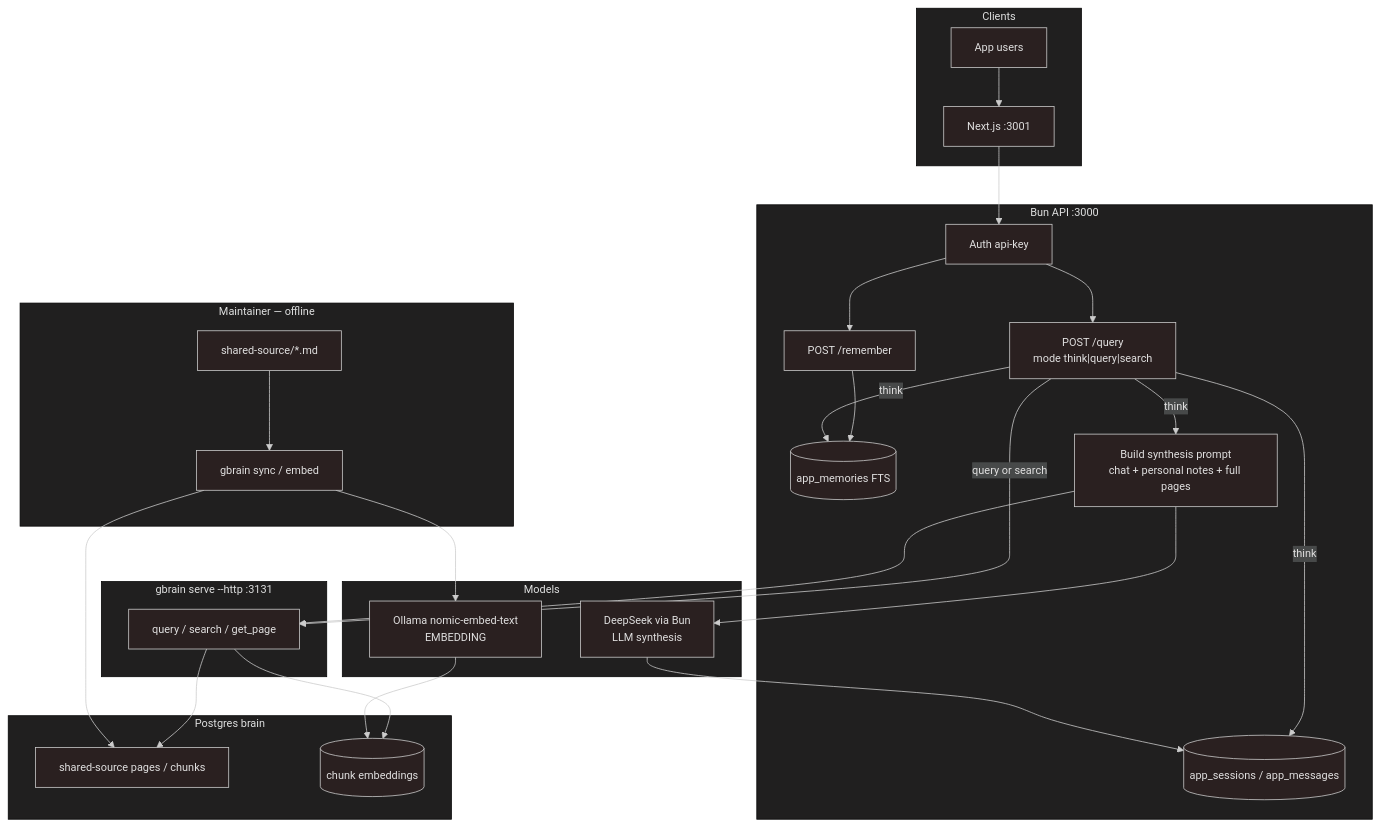
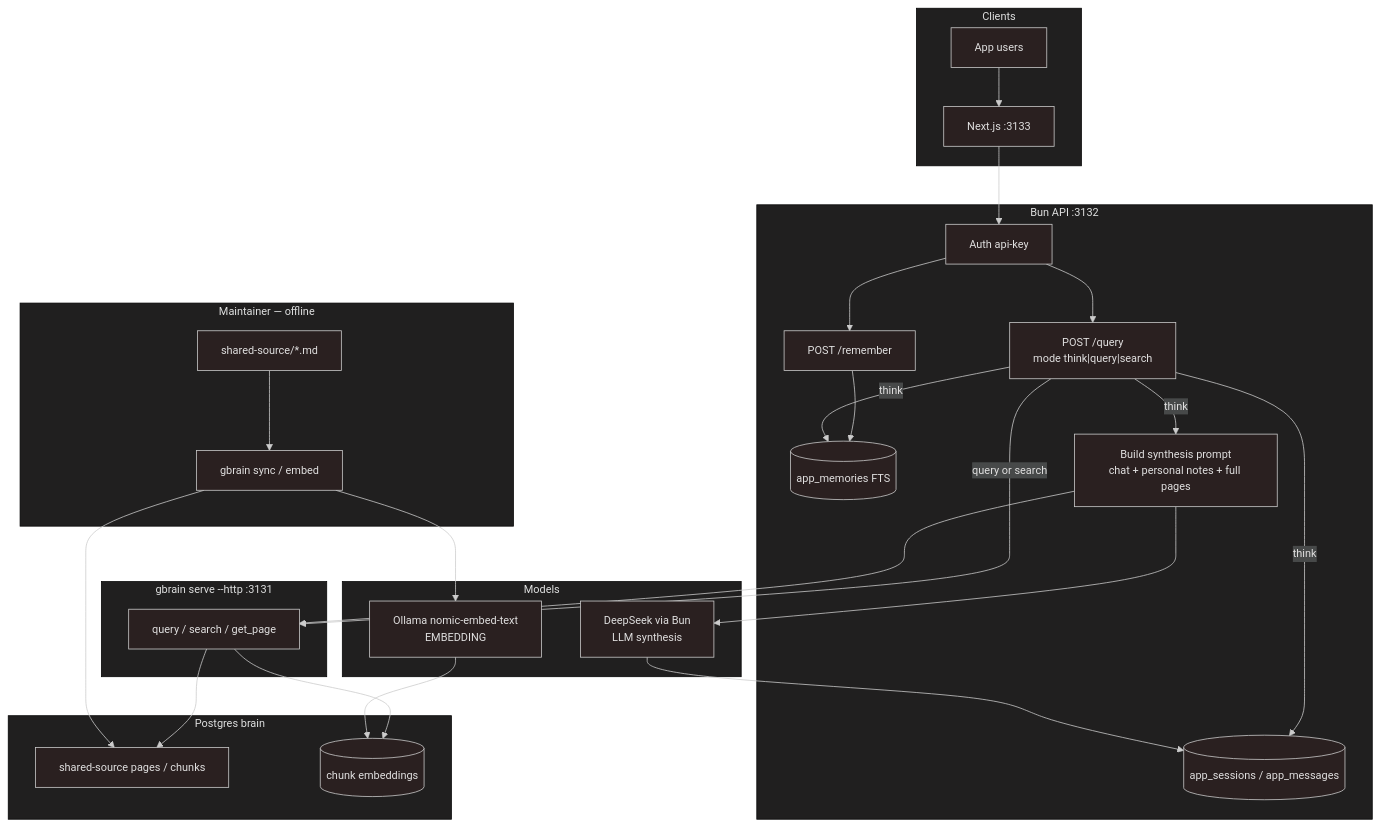
One commit to kyung-lee-official/gbrain-sandbox changed the first of 2 diagrams in README.md. Above: the diagram before and after it, drawn with Mermaid. The commit also changed other lines of this file and 5 other files, not shown here.

````diff
--- a/README.md
+++ b/README.md
@@ -33,58 +33,58 @@
 ```mermaid
 %%{init: {'theme': 'neo-dark'}}%%
 flowchart TB
   subgraph clients [Clients]
-    Web[Next.js :3001]
+    Web[Next.js :3133]
     Lily[App users]
   end
 
-  subgraph bun [Bun API :3000]
+  subgraph bun [Bun API :3132]
     Auth[Auth api-key]
     Remember["POST /remember"]
     Query["POST /query<br/>mode think|query|search"]
     Mem[(app_memories FTS)]
     Chat[(app_sessions / app_messages)]
     Build[Build synthesis prompt<br/>chat + personal notes + full pages]
   end
 
   subgraph maintainer [Maintainer — offline]
     MD[shared-source/*.md]
     Sync["gbrain sync / embed"]
   end
 
   subgraph gbrain [gbrain serve --http :3131]
     Retrieve[query / search / get_page]
   end
 
   subgraph models [Models]
     Ollama["Ollama nomic-embed-text<br/>EMBEDDING"]
     DeepSeek["DeepSeek via Bun<br/>LLM synthesis"]
   end
 
   subgraph store [Postgres brain]
     Pages[shared-source pages / chunks]
     Embs[(chunk embeddings)]
   end
 
   Lily --> Web
   Web --> Auth
   Auth --> Remember
   Auth --> Query
 
   Remember --> Mem
 
   Query -->|think| Chat
   Query -->|think| Mem
   Query -->|think| Build
   Query -->|query or search| Retrieve
   Build --> Retrieve
   Retrieve --> Pages
   Retrieve --> Embs
   Build --> DeepSeek
   DeepSeek --> Chat
 
   MD --> Sync
   Sync --> Pages
   Sync --> Ollama
   Ollama --> Embs
 ```
````
